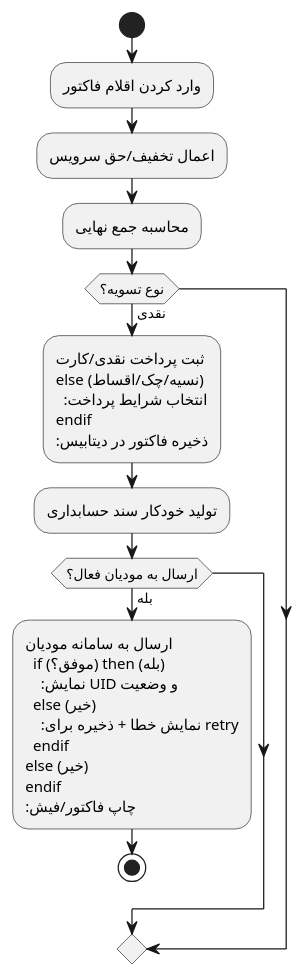
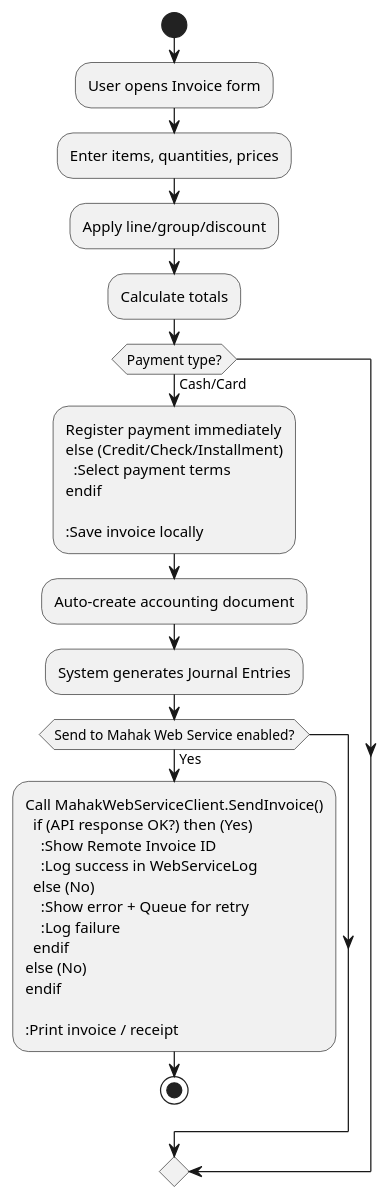
Before and after one commit to aghili/Documents: the diagram in Documents/mahak_migration/puml/activity_diagram.puml, drawn with PlantUML. The commit also changed 1 other file, not shown here.

Commit message:
update activity diagram

```diff
--- a/Documents/mahak_migration/puml/activity_diagram.puml
+++ b/Documents/mahak_migration/puml/activity_diagram.puml
@@ -1,24 +1,34 @@
 @startuml
+' 3. Activity Diagram – Complete Invoice Issuing Process
 start
-:وارد کردن اقلام فاکتور;
-:اعمال تخفیف/حق سرویس;
-:محاسبه جمع نهایی;
-if (نوع تسویه؟) then (نقدی)
-  :ثبت پرداخت نقدی/کارت
-else (نسیه/چک/اقساط)
-  :انتخاب شرایط پرداخت
+
+:User opens Invoice form;
+:Enter items, quantities, prices;
+:Apply line/group/discount;
+:Calculate totals;
+
+if (Payment type?) then (Cash/Card)
+  :Register payment immediately
+else (Credit/Check/Installment)
+  :Select payment terms
 endif
-:ذخیره فاکتور در دیتابیس;
-:تولید خودکار سند حسابداری;
-if (ارسال به مودیان فعال؟) then (بله)
-  :ارسال به سامانه مودیان
-  if (موفق؟) then (بله)
-    :نمایش UID و وضعیت
-  else (خیر)
-    :نمایش خطا + ذخیره برای retry
+
+:Save invoice locally;
+:Auto-create accounting document;
+:System generates Journal Entries;
+
+if (Send to Mahak Web Service enabled?) then (Yes)
+  :Call MahakWebServiceClient.SendInvoice()
+  if (API response OK?) then (Yes)
+    :Show Remote Invoice ID
+    :Log success in WebServiceLog
+  else (No)
+    :Show error + Queue for retry
+    :Log failure
   endif
-else (خیر)
+else (No)
 endif
-:چاپ فاکتور/فیش;
+
+:Print invoice / receipt;
 stop
 @enduml
```
